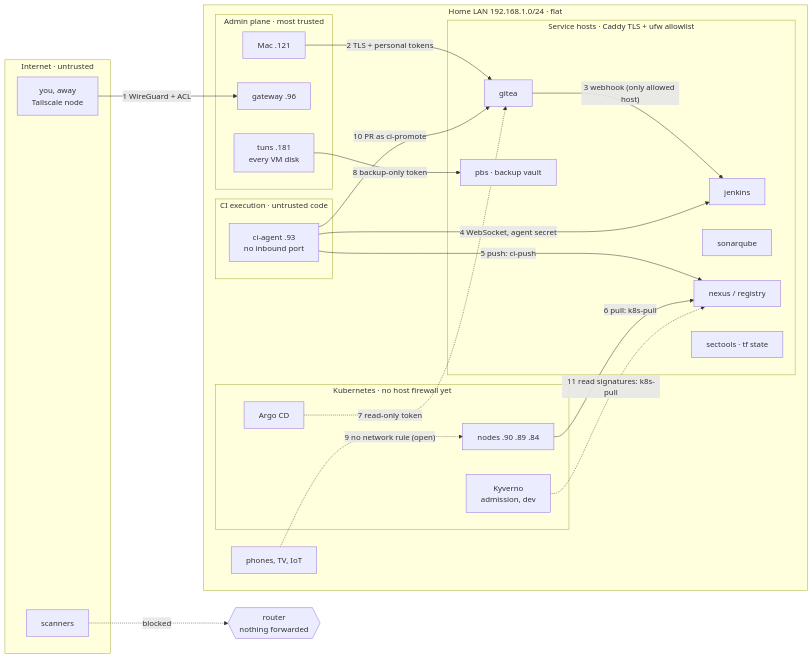
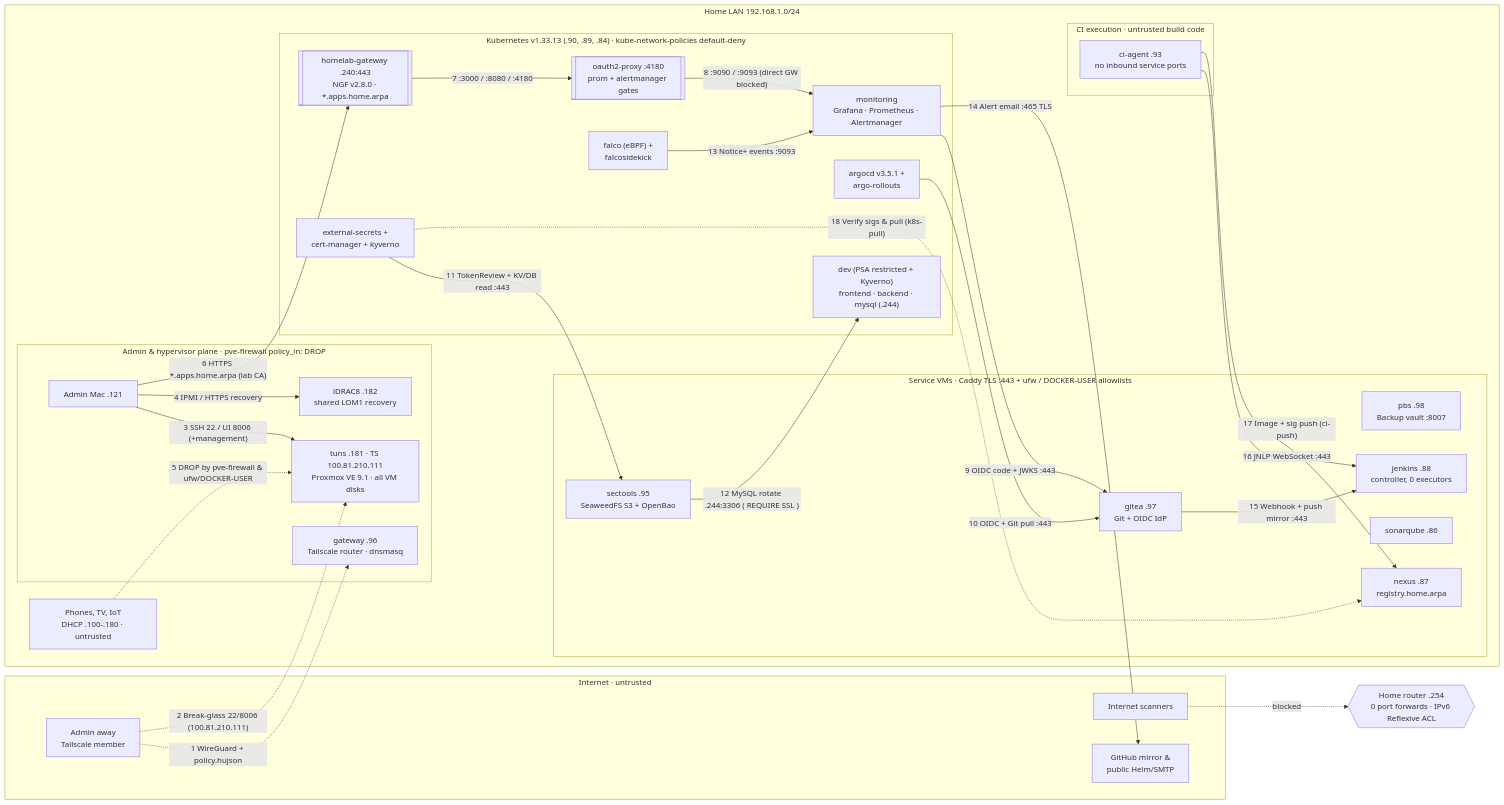
The first of 4 diagrams in docs/architecture.md (salamituns/homelab-platform), drawn with Mermaid before and after one commit. The commit also changed other lines of this file, not shown here.

First line of the commit message:
docs(architecture): update lab architecture through Week 7 (Rev E)

````diff
--- a/docs/architecture.md
+++ b/docs/architecture.md
@@ -39,46 +98,63 @@
 ```mermaid
 flowchart LR
   subgraph INET["Internet · untrusted"]
-    scan[scanners]
-    away[you, away<br/>Tailscale node]
+    scan["Internet scanners"]
+    away["Admin away<br/>Tailscale member"]
+    gh["GitHub mirror &<br/>public Helm/SMTP"]
   end
-  router{{"router<br/>nothing forwarded"}}
-  scan -. blocked .-> router
+  router{{"Home router .254<br/>0 port forwards · IPv6 Reflexive ACL"}}
+  scan -. "blocked" .-> router
 
-  subgraph LAN["Home LAN 192.168.1.0/24 · flat"]
-    subgraph ADMIN["Admin plane · most trusted"]
-      mac[Mac .121]
-      gw[gateway .96]
-      tuns[tuns .181<br/>every VM disk]
+  subgraph LAN["Home LAN 192.168.1.0/24"]
+    home["Phones, TV, IoT<br/>DHCP .100-.180 · untrusted"]
+
+    subgraph ADMIN["Admin & hypervisor plane · pve-firewall policy_in: DROP"]
+      mac["Admin Mac .121"]
+      gw["gateway .96<br/>Tailscale router · dnsmasq"]
+      tuns["tuns .181 · TS 100.81.210.111<br/>Proxmox VE 9.1 · all VM disks"]
+      idrac["iDRAC8 .182<br/>shared LOM1 recovery"]
     end
-    subgraph SVC["Service hosts · Caddy TLS + ufw allowlist"]
-      gitea[gitea]
-      jenkins[jenkins]
-      sonar[sonarqube]
-      nexus[nexus / registry]
-      pbs[pbs · backup vault]
-      sectools[sectools · tf state]
+
+    subgraph SVC["Service VMs · Caddy TLS :443 + ufw / DOCKER-USER allowlists"]
+      gitea["gitea .97<br/>Git + OIDC IdP"]
+      sectools["sectools .95<br/>SeaweedFS S3 + OpenBao"]
+      pbs["pbs .98<br/>Backup vault :8007"]
+      nexus["nexus .87<br/>registry.home.arpa"]
+      sonar["sonarqube .86"]
+      jenkins["jenkins .88<br/>controller, 0 executors"]
     end
-    subgraph CI["CI execution · untrusted code"]
-      agent[ci-agent .93<br/>no inbound port]
+
+    subgraph CI["CI execution · untrusted build code"]
+      agent["ci-agent .93<br/>no inbound service ports"]
     end
-    subgraph K8S["Kubernetes · no host firewall yet"]
-      argo[Argo CD]
-      kyv[Kyverno<br/>admission, dev]
-      nodes[nodes .90 .89 .84]
+
+    subgraph K8S["Kubernetes v1.33.13 (.90, .89, .84) · kube-network-policies default-deny"]
+      ngf[["homelab-gateway .240:443<br/>NGF v2.8.0 · *.apps.home.arpa"]]
+      oauth[["oauth2-proxy :4180<br/>prom + alertmanager gates"]]
+      mon["monitoring<br/>Grafana · Prometheus · Alertmanager"]
+      falco["falco (eBPF) +<br/>falcosidekick"]
+      argo["argocd v3.5.1 +<br/>argo-rollouts"]
+      eso["external-secrets +<br/>cert-manager + kyverno"]
+      dev["dev (PSA restricted + Kyverno)<br/>frontend · backend · mysql (.244)"]
     end
-    home[phones, TV, IoT]
   end
 
-  away -- "1 WireGuard + ACL" --> gw
-  mac -- "2 TLS + personal tokens" --> gitea
-  gitea -- "3 webhook (only allowed host)" --> jenkins
-  agent -- "4 WebSocket, agent secret" --> jenkins
-  agent -- "5 push: ci-push" --> nexus
-  nodes -- "6 pull: k8s-pull" --> nexus
-  argo -. "7 read-only token" .-> gitea
-  tuns -- "8 backup-only token" --> pbs
-  home -. "9 no network rule (open)" .-> nodes
-  agent -- "10 PR as ci-promote" --> gitea
-  kyv -. "11 read signatures: k8s-pull" .-> nexus
+  away -. "1 WireGuard + policy.hujson" .-> gw
+  away -. "2 Break-glass 22/8006 (100.81.210.111)" .-> tuns
+  mac -- "3 SSH 22 / UI 8006 (+management)" --> tuns
+  mac -- "4 IPMI / HTTPS recovery" --> idrac
+  home -. "5 DROP by pve-firewall & ufw/DOCKER-USER" .-> tuns
+  mac -- "6 HTTPS *.apps.home.arpa (lab CA)" --> ngf
+  ngf -- "7 :3000 / :8080 / :4180" --> oauth
+  oauth -- "8 :9090 / :9093 (direct GW blocked)" --> mon
+  mon -- "9 OIDC code + JWKS :443" --> gitea
+  argo -- "10 OIDC + Git pull :443" --> gitea
+  eso -- "11 TokenReview + KV/DB read :443" --> sectools
+  sectools -- "12 MySQL rotate .244:3306 ( REQUIRE SSL )" --> dev
+  falco -- "13 Notice+ events :9093" --> mon
+  mon -- "14 Alert email :465 TLS" --> gh
+  gitea -- "15 Webhook + push mirror :443" --> jenkins
+  agent -- "16 JNLP WebSocket :443" --> jenkins
+  agent -- "17 Image + sig push (ci-push)" --> nexus
+  eso -. "18 Verify sigs & pull (k8s-pull)" .-> nexus
 ```
````
